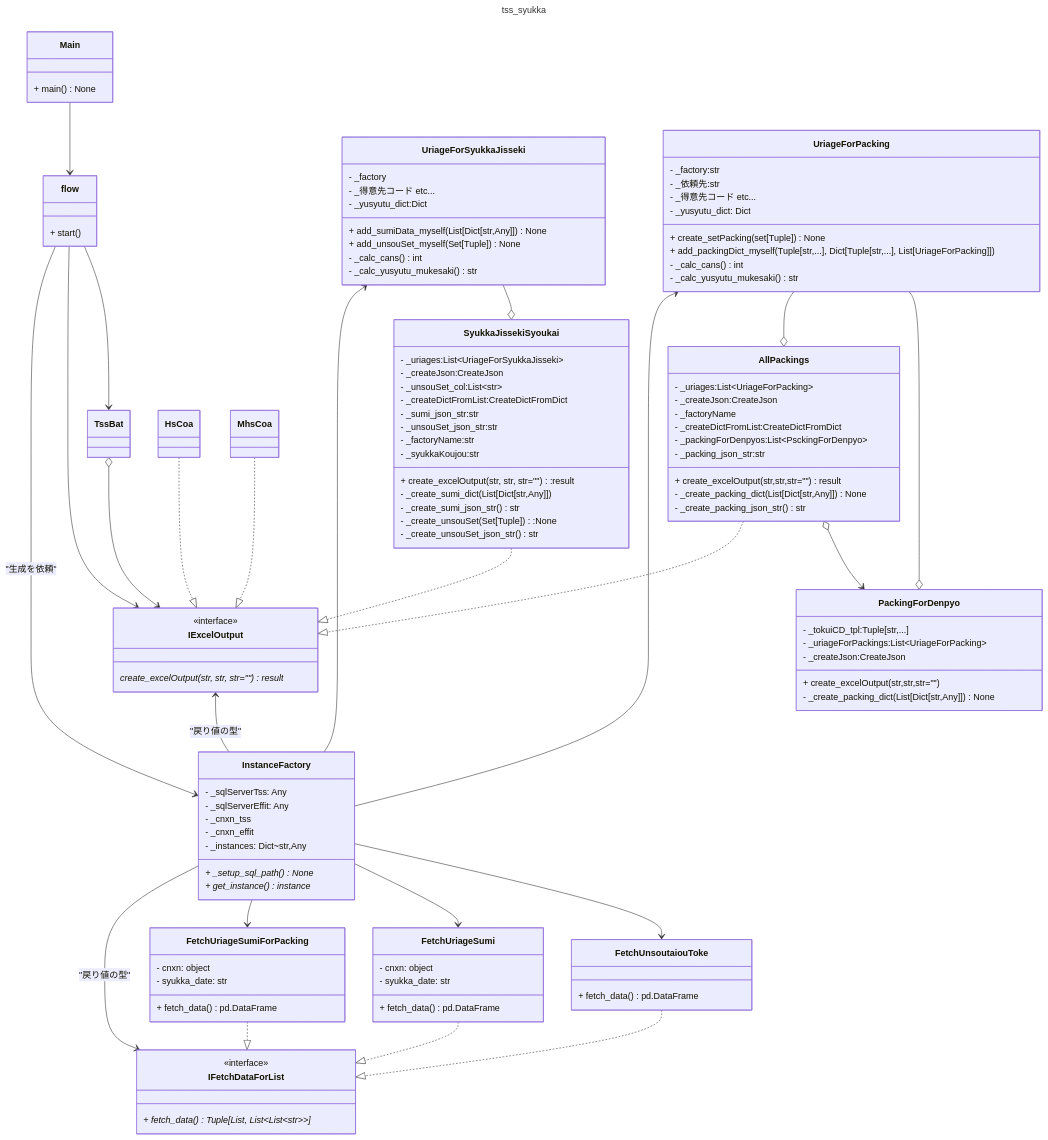
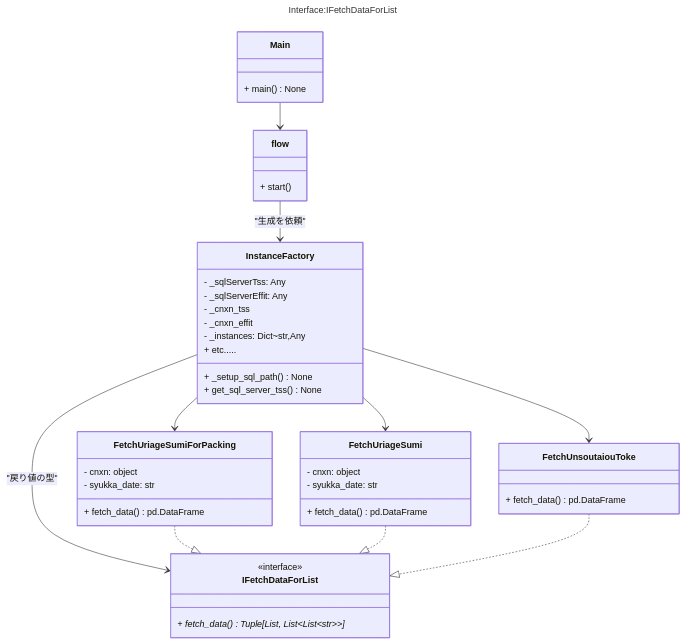
The first of 2 diagrams in tss_syukka.md (ogashira/tss_syukka), drawn with Mermaid before and after one commit. The commit also changed other lines of this file and 5 other files, not shown here.

````diff
--- a/tss_syukka.md
+++ b/tss_syukka.md
@@ -20,6 +20,6 @@
 ```mermaid
 ---
-title: tss_syukka
+title: Interface:IFetchDataForList
 ---
 classDiagram
 direction TB 
@@ -36,8 +36,9 @@
     - _cnxn_tss
     - _cnxn_effit
     - _instances: Dict~str,Any
-    + _setup_sql_path()None*
-    + get_instance()instance*
+    + _setup_sql_path()None
+    + get_sql_server_tss()None
+    + etc.....
 }
 class IFetchDataForList{
     <<interface>>
@@ -56,85 +57,15 @@
 class FetchUnsoutaiouToke{
     + fetch_data()pd.DataFrame
 }
-class IExcelOutput{
-    <<interface>>
-    create_excelOutput(str, str, str="")result*
-}
-class SyukkaJissekiSyoukai{
-    - _uriages:List~UriageForSyukkaJisseki~
-    - _createJson:CreateJson
-    - _unsouSet_col:List~str~
-    - _createDictFromList:CreateDictFromDict
-    - _sumi_json_str:str
-    - _unsouSet_json_str:str
-    - _factoryName:str
-    - _syukkaKoujou:str
-    + create_excelOutput(str, str, str=""):result
-    - _create_sumi_dict(List[Dict[str,Any]])
-    - _create_sumi_json_str()str
-    - _create_unsouSet(Set[Tuple]):None
-    - _create_unsouSet_json_str()str
-}
-class AllPackings{
-    - _uriages:List~UriageForPacking~
-    - _createJson:CreateJson
-    - _factoryName
-    - _createDictFromList:CreateDictFromDict
-    - _packingForDenpyos:List~PsckingForDenpyo~
-    - _packing_json_str:str
-    + create_excelOutput(str,str,str="")result
-    - _create_packing_dict(List[Dict[str,Any]])None
-    - _create_packing_json_str()str
-}
-class PackingForDenpyo{
-    - _tokuiCD_tpl:Tuple[str,...]
-    - _uriageForPackings:List~UriageForPacking~
-    - _createJson:CreateJson
-    + create_excelOutput(str,str,str="")
-    - _create_packing_dict(List[Dict[str,Any]])None
-}
-class UriageForSyukkaJisseki{
-    - _factory
-    - _得意先コード etc...
-    - _yusyutu_dict:Dict
-    + add_sumiData_myself(List[Dict[str,Any]])None
-    + add_unsouSet_myself(Set[Tuple])None
-    - _calc_cans()int
-    - _calc_yusyutu_mukesaki()str
-}
-class UriageForPacking{
-    - _factory:str
-    - _依頼先:str
-    - _得意先コード etc...
-    - _yusyutu_dict: Dict
-    + create_setPacking(set[Tuple])None
-    + add_packingDict_myself(Tuple[str,...], Dict[Tuple[str,...], List[UriageForPacking]])
-    - _calc_cans()int
-    - _calc_yusyutu_mukesaki()str
-}
 Main --> flow
 flow --> InstanceFactory: "生成を依頼"
-flow --> IExcelOutput
-flow --> TssBat
 
 InstanceFactory --> IFetchDataForList : "戻り値の型"
 InstanceFactory --> FetchUriageSumiForPacking
 InstanceFactory --> FetchUriageSumi
 InstanceFactory --> FetchUnsoutaiouToke
-UriageForPacking <-- InstanceFactory
-UriageForSyukkaJisseki <-- InstanceFactory
 
-IExcelOutput <-- InstanceFactory : "戻り値の型"
-TssBat o--> IExcelOutput
 FetchUriageSumiForPacking ..|> IFetchDataForList
 FetchUriageSumi ..|> IFetchDataForList
 FetchUnsoutaiouToke ..|> IFetchDataForList
-SyukkaJissekiSyoukai ..|> IExcelOutput
-AllPackings ..|> IExcelOutput
-HsCoa ..|> IExcelOutput
-MhsCoa ..|> IExcelOutput
-AllPackings o--> PackingForDenpyo
-UriageForSyukkaJisseki --o SyukkaJissekiSyoukai
-UriageForPacking --o AllPackings
-UriageForPacking --o  PackingForDenpyo 
 ```
````
